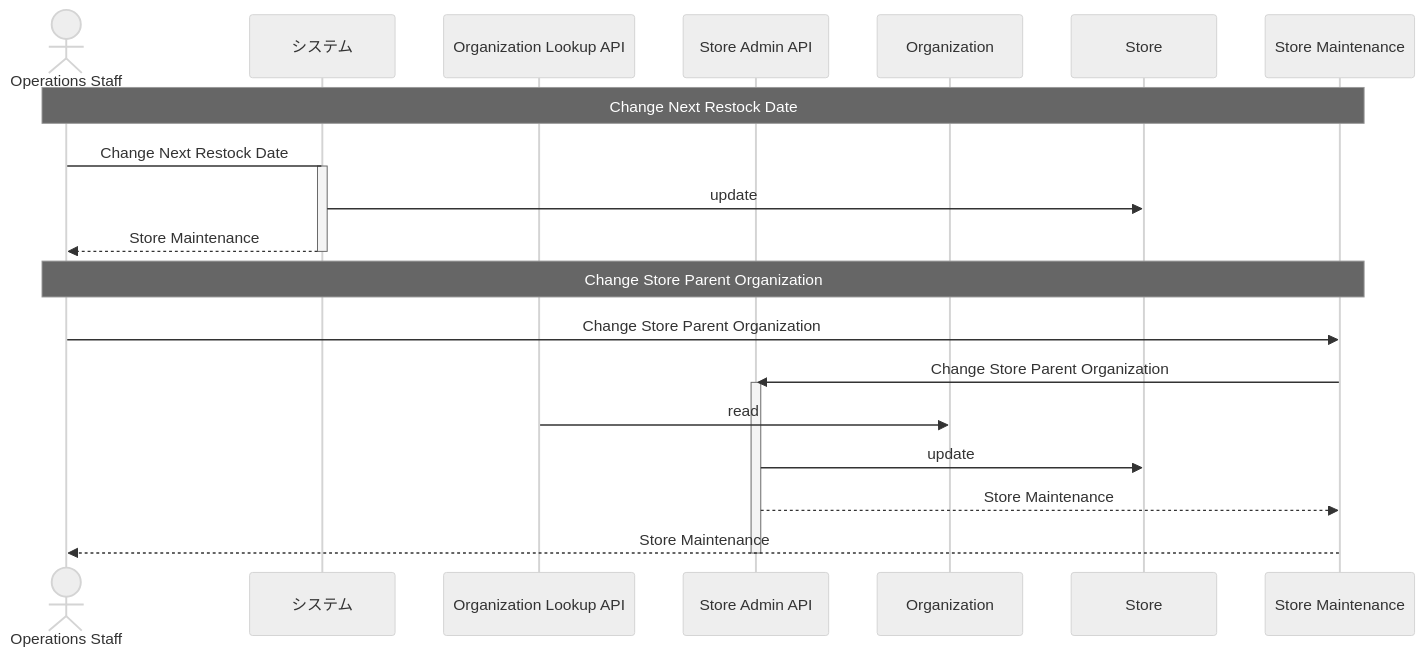
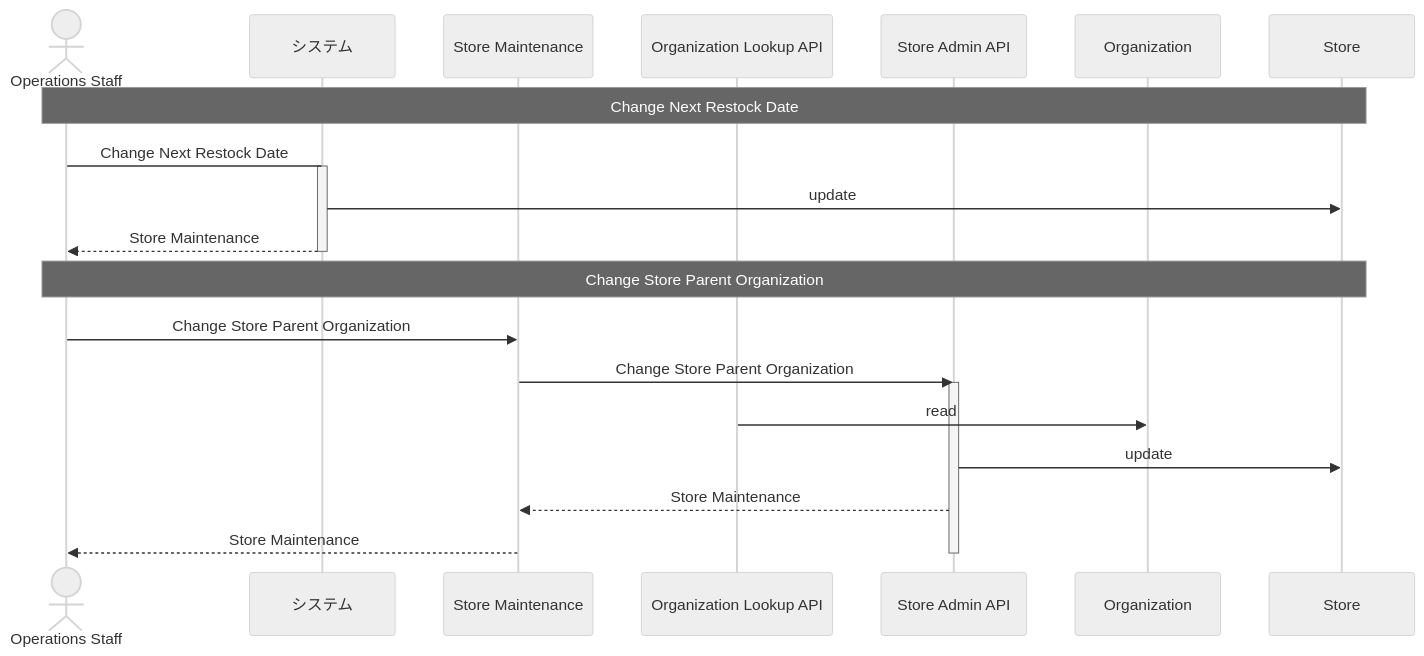
Before and after one commit to manji-0/rdra-ish-dsl: the second of 3 diagrams in samples/incremental-order/step-3-interaction-boundary/design.md, drawn with Mermaid (neutral theme). The commit also changed 82 other files, not shown here.

Commit message:
fix: order sequence participants by interaction flow

````diff
--- a/samples/incremental-order/step-3-interaction-boundary/design.md
+++ b/samples/incremental-order/step-3-interaction-boundary/design.md
@@ -65,27 +65,27 @@
 ```mermaid
 sequenceDiagram
   actor OpsStaff as Operations Staff
   participant System as システム
+  participant StoreMaintenanceScreen as Store Maintenance
   participant OrganizationLookupApi as Organization Lookup API
   participant StoreAdminApi as Store Admin API
   participant Organization as Organization
   participant Store as Store
-  participant StoreMaintenanceScreen as Store Maintenance
 
-  Note over OpsStaff,StoreMaintenanceScreen: Change Next Restock Date
+  Note over OpsStaff,Store: Change Next Restock Date
   OpsStaff->System: Change Next Restock Date
   activate System
   System->>Store: update
   System-->>OpsStaff: Store Maintenance
   deactivate System
 
-  Note over OpsStaff,StoreMaintenanceScreen: Change Store Parent Organization
+  Note over OpsStaff,Store: Change Store Parent Organization
   OpsStaff->>StoreMaintenanceScreen: Change Store Parent Organization
   StoreMaintenanceScreen->>StoreAdminApi: Change Store Parent Organization
   activate StoreAdminApi
   OrganizationLookupApi->>Organization: read
   StoreAdminApi->>Store: update
   StoreAdminApi-->>StoreMaintenanceScreen: Store Maintenance
   StoreMaintenanceScreen-->>OpsStaff: Store Maintenance
   deactivate StoreAdminApi
 ```
````
